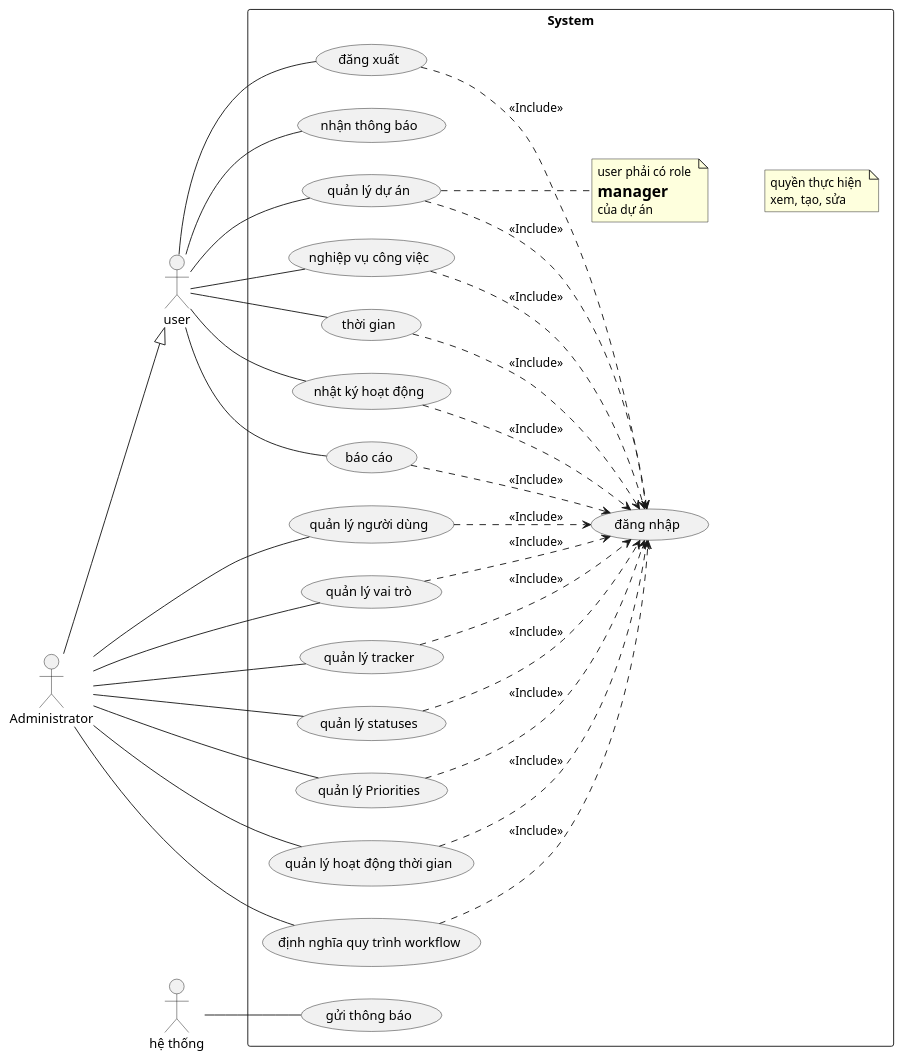
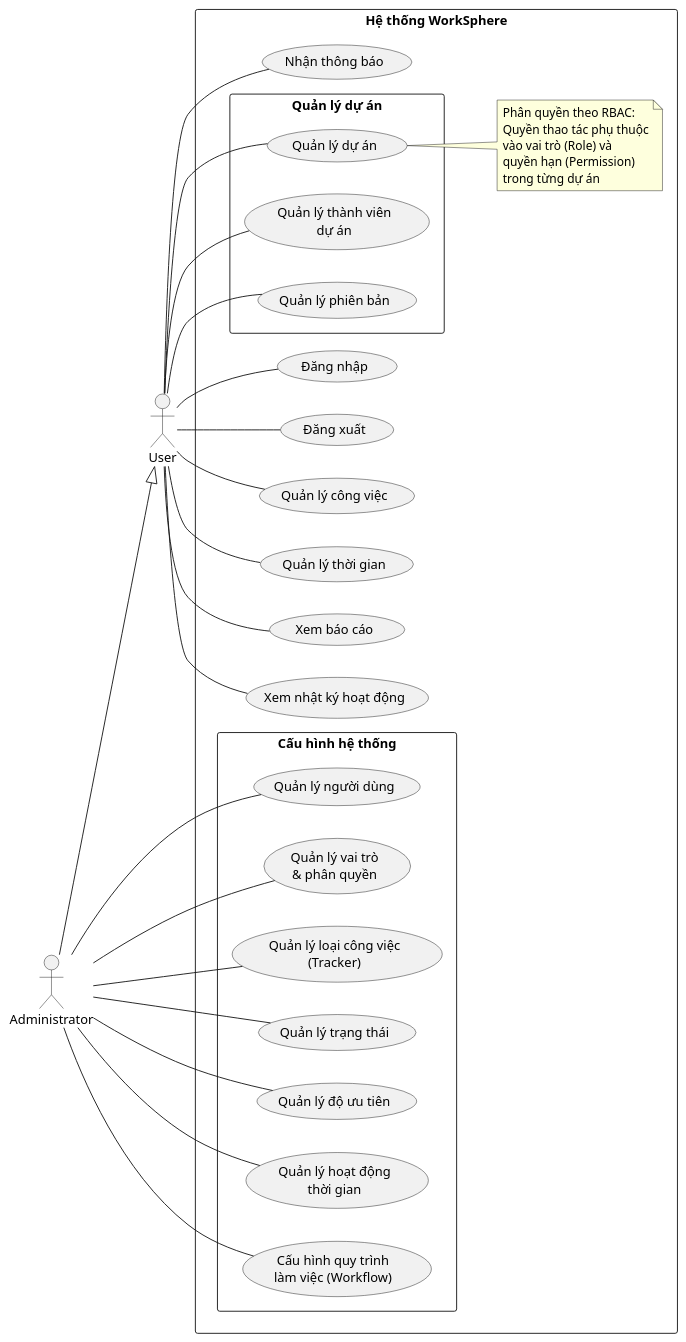
One commit to docuong039/worksphere changed the diagram in docs/use-cases/00_tong_quat.md. Above: the diagram before and after it, drawn with PlantUML. The commit also changed other lines of this file and 26 other files, not shown here.

Commit message:
update diagram

````diff
--- a/docs/use-cases/00_tong_quat.md
+++ b/docs/use-cases/00_tong_quat.md
@@ -8,83 +18,75 @@
 skinparam packageStyle rectangle
 
 actor "Administrator" as Admin
-actor "user" as User
-actor "hệ thống" as SystemActor
+actor "User" as User
 
-' Quan hệ kế thừa: Administrator là một user
+' Kế thừa: Administrator là User với toàn quyền hệ thống
 Admin --|> User
 
-rectangle "System" {
-    
-    usecase "đăng nhập" as UC_Login
-    usecase "đăng xuất" as UC_Logout
-    usecase "nhận thông báo" as UC_ReceiveNotify
-    usecase "gửi thông báo" as UC_SendNotify
+rectangle "Hệ thống WorkSphere" {
 
-    ' Hàng trên: Administrator Functions
-    usecase "quản lý người dùng" as UC_User
-    usecase "quản lý vai trò" as UC_Role
-    usecase "quản lý tracker" as UC_Tracker
-    usecase "quản lý statuses" as UC_Status
-    usecase "quản lý Priorities" as UC_Priority
-    usecase "quản lý hoạt động thời gian" as UC_ActivityType
-    usecase "định nghĩa quy trình workflow" as UC_Workflow
+    ' ===== XÁC THỰC =====
+    usecase "Đăng nhập" as UC01
+    usecase "Đăng xuất" as UC_Logout
 
-    ' Hàng dưới: User Functions
-    usecase "quản lý dự án" as UC_Project
-    usecase "nghiệp vụ công việc" as UC_Task
-    usecase "thời gian" as UC_TimeLog
-    usecase "nhật ký hoạt động" as UC_ActivityLog
-    usecase "báo cáo" as UC_Report
-    
-    ' Note
-    note "user phải có role \n= manager \ncủa dự án" as N1
-    note "quyền thực hiện \nxem, tạo, sửa" as N2
-    
-    ' Connect notes to Project UC
-    UC_Project .. N1
-    N1 -[hidden]- N2
+    ' ===== CẤU HÌNH HỆ THỐNG (Chỉ Administrator) =====
+    package "Cấu hình hệ thống" {
+        usecase "Quản lý người dùng" as UC02
+        usecase "Quản lý vai trò\n& phân quyền" as UC03
+        usecase "Quản lý loại công việc\n(Tracker)" as UC04
+        usecase "Quản lý trạng thái" as UC05
+        usecase "Quản lý độ ưu tiên" as UC06
+        usecase "Quản lý hoạt động\nthời gian" as UC07
+        usecase "Cấu hình quy trình\nlàm việc (Workflow)" as UC08
+    }
+
+    ' ===== QUẢN LÝ DỰ ÁN =====
+    package "Quản lý dự án" {
+        usecase "Quản lý dự án" as UC09
+        usecase "Quản lý thành viên\ndự án" as UC10
+        usecase "Quản lý phiên bản" as UC11
+    }
+
+    ' ===== NGHIỆP VỤ CÔNG VIỆC =====
+    usecase "Quản lý công việc" as UC12
+
+    ' ===== THỜI GIAN =====
+    usecase "Quản lý thời gian" as UC13
+
+    ' ===== BÁO CÁO & GIÁM SÁT =====
+    usecase "Xem báo cáo" as UC14
+    usecase "Xem nhật ký hoạt động" as UC_Activity
+
+    ' ===== THÔNG BÁO =====
+    usecase "Nhận thông báo" as UC15
+
+    ' ===== GHI CHÚ =====
+    note "Phân quyền theo RBAC:\nQuyền thao tác phụ thuộc\nvào vai trò (Role) và\nquyền hạn (Permission)\ntrong từng dự án" as N1
+    UC09 .. N1
 }
 
-' Administrator Relations (Các chức năng riêng của Admin)
-Admin -- UC_User
-Admin -- UC_Role
-Admin -- UC_Tracker
-Admin -- UC_Status
-Admin -- UC_Priority
-Admin -- UC_ActivityType
-Admin -- UC_Workflow
+' ===== QUAN HỆ ADMINISTRATOR =====
+' Chỉ Administrator mới truy cập được phần Cấu hình hệ thống
+Admin -- UC02
+Admin -- UC03
+Admin -- UC04
+Admin -- UC05
+Admin -- UC06
+Admin -- UC07
+Admin -- UC08
 
-' User Relations (Các chức năng chung)
-User -- UC_ReceiveNotify
+' ===== QUAN HỆ USER =====
+' Tất cả User đã đăng nhập đều có thể thực hiện
+User -- UC01
 User -- UC_Logout
-User -- UC_Project
-User -- UC_Task
-User -- UC_TimeLog
-User -- UC_ActivityLog
-User -- UC_Report
-
-' System Relations
-SystemActor -- UC_SendNotify
-
-' Include Login Relations (Hàng trên)
-UC_User ..> UC_Login : <<Include>>
-UC_Role ..> UC_Login : <<Include>>
-UC_Tracker ..> UC_Login : <<Include>>
-UC_Status ..> UC_Login : <<Include>>
-UC_Priority ..> UC_Login : <<Include>>
-UC_ActivityType ..> UC_Login : <<Include>>
-UC_Workflow ..> UC_Login : <<Include>>
-
-' Include Login Relations (Hàng dưới)
-UC_Project ..> UC_Login : <<Include>>
-UC_Task ..> UC_Login : <<Include>>
-UC_TimeLog ..> UC_Login : <<Include>>
-UC_ActivityLog ..> UC_Login : <<Include>>
-UC_Report ..> UC_Login : <<Include>>
-
-' Logout include Login
-UC_Logout ..> UC_Login : <<Include>>
+User -- UC09
+User -- UC10
+User -- UC11
+User -- UC12
+User -- UC13
+User -- UC14
+User -- UC_Activity
+User -- UC15
 
 @enduml
 ```
````
